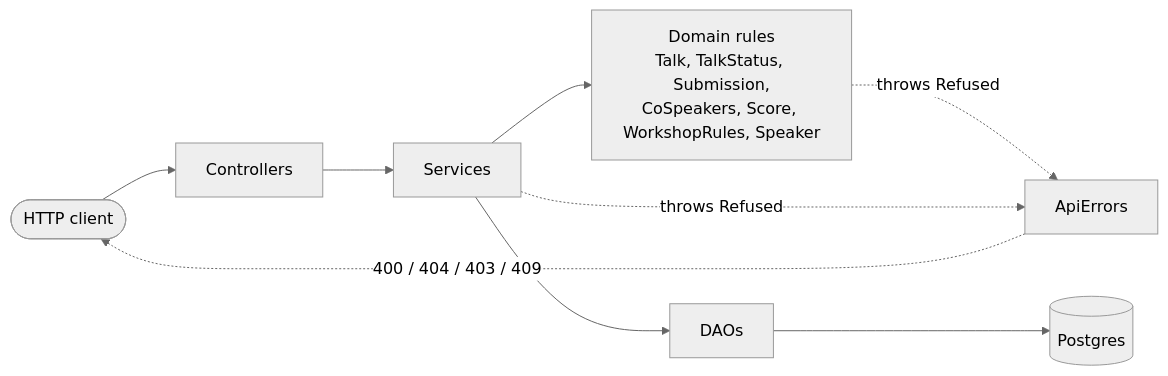
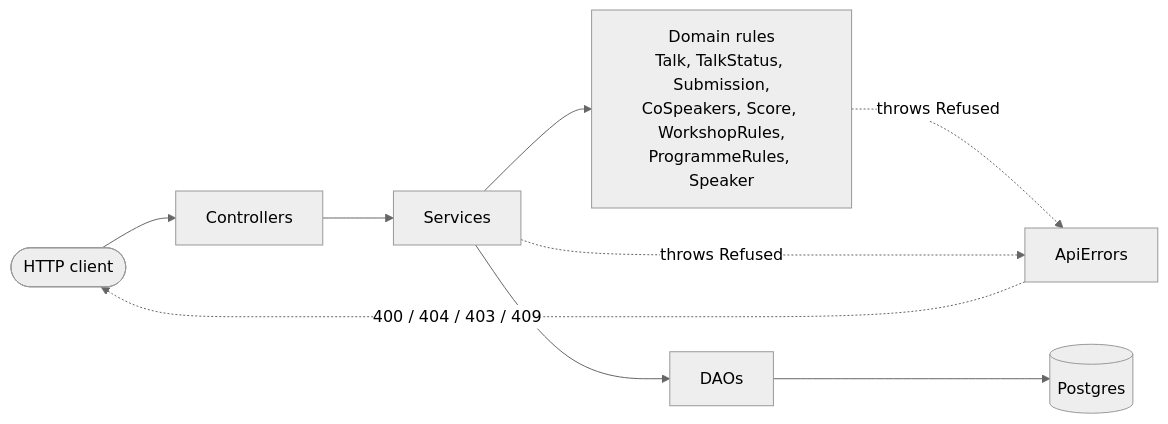
One commit to Scienta/team-4 changed the fourth of 5 diagrams in docs/domain-model.md. Above: the diagram before and after it, drawn with Mermaid (neutral theme). The commit also changed other lines of this file and 1 other file, not shown here.

Commit message:
Docs: programme in the domain model diagrams and ADR 1

````diff
--- a/docs/domain-model.md
+++ b/docs/domain-model.md
@@ -195,11 +240,11 @@
 ```mermaid
 flowchart LR
     client([HTTP client]) --> controllers[Controllers]
     controllers --> services[Services]
-    services --> domain[Domain rules<br/>Talk, TalkStatus, Submission,<br/>CoSpeakers, Score, WorkshopRules, Speaker]
+    services --> domain[Domain rules<br/>Talk, TalkStatus, Submission,<br/>CoSpeakers, Score, WorkshopRules,<br/>ProgrammeRules, Speaker]
     services --> daos[DAOs]
     daos --> pg[(Postgres)]
     domain -. throws Refused .-> errors[ApiErrors]
     services -. throws Refused .-> errors
     errors -. "400 / 404 / 403 / 409" .-> client
 ```
````
